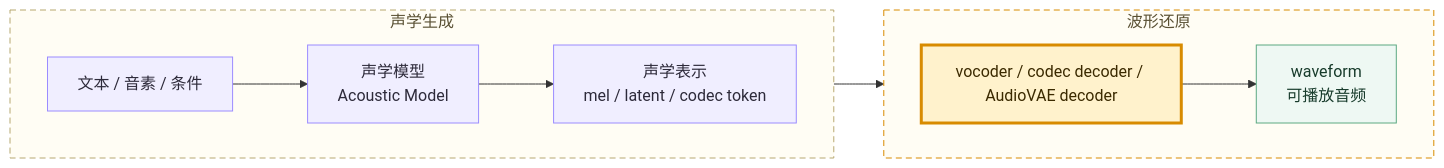
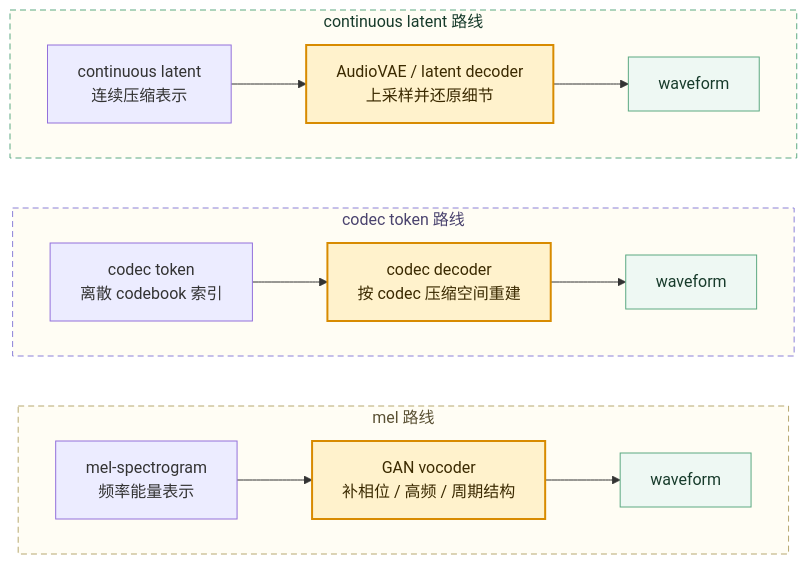
Before and after one commit to dugenkui03/OmniVoice: the second of 10 diagrams in books/chapter09_Vocoder与波形生成.md, drawn with Mermaid. The commit also changed other lines of this file and 2 other files, not shown here.

Commit message:
Refine chapter 9 vocoder structure and reference notes

````diff
--- a/books/chapter09_Vocoder与波形生成.md
+++ b/books/chapter09_Vocoder与波形生成.md
@@ -42,24 +158,28 @@
 ```mermaid
 flowchart LR
-    subgraph acousticStage["声学生成"]
+    subgraph melStage["mel 路线"]
         direction LR
-        A["文本 / 音素 / 条件"] --> B["声学模型<br/>Acoustic Model"]
-        B --> C["声学表示<br/>mel / latent / codec token"]
+        A["mel-spectrogram<br/>频率能量表示"] --> B["GAN vocoder<br/>补相位 / 高频 / 周期结构"]
+        B --> C["waveform"]
     end
 
-    subgraph waveformStage["波形还原"]
+    subgraph codecStage["codec token 路线"]
         direction LR
-        D["vocoder / codec decoder / AudioVAE decoder"] --> E["waveform<br/>可播放音频"]
+        D["codec token<br/>离散 codebook 索引"] --> E["codec decoder<br/>按 codec 压缩空间重建"]
+        E --> F["waveform"]
     end
 
-    C --> D
+    subgraph latentStage["continuous latent 路线"]
+        direction LR
+        G["continuous latent<br/>连续压缩表示"] --> H["AudioVAE / latent decoder<br/>上采样并还原细节"]
+        H --> I["waveform"]
+    end
 
-    classDef normal fill:#F0EEFF,stroke:#9B8CFF,color:#2D2A3A;
-    classDef core fill:#FFF2CC,stroke:#D88B00,stroke-width:3px,color:#3B2A00;
+    classDef focus fill:#FFF2CC,stroke:#D88B00,stroke-width:2px,color:#3B2A00;
     classDef output fill:#EEF8F3,stroke:#5CA982,color:#173B2B;
-    class A,B,C,D normal;
-    class D core;
-    class E output;
-    style acousticStage fill:#FFFDF4,stroke:#B7A870,stroke-dasharray:6 4,color:#5A5134;
-    style waveformStage fill:#FFFDF4,stroke:#D88B00,stroke-dasharray:6 4,color:#5A5134;
+    class B,E,H focus;
+    class C,F,I output;
+    style melStage fill:#FFFDF4,stroke:#B7A870,stroke-dasharray:6 4,color:#5A5134;
+    style codecStage fill:#FFFDF4,stroke:#8B80D8,stroke-dasharray:6 4,color:#4A436E;
+    style latentStage fill:#FFFDF4,stroke:#5CA982,stroke-dasharray:6 4,color:#173B2B;
 ```
````
